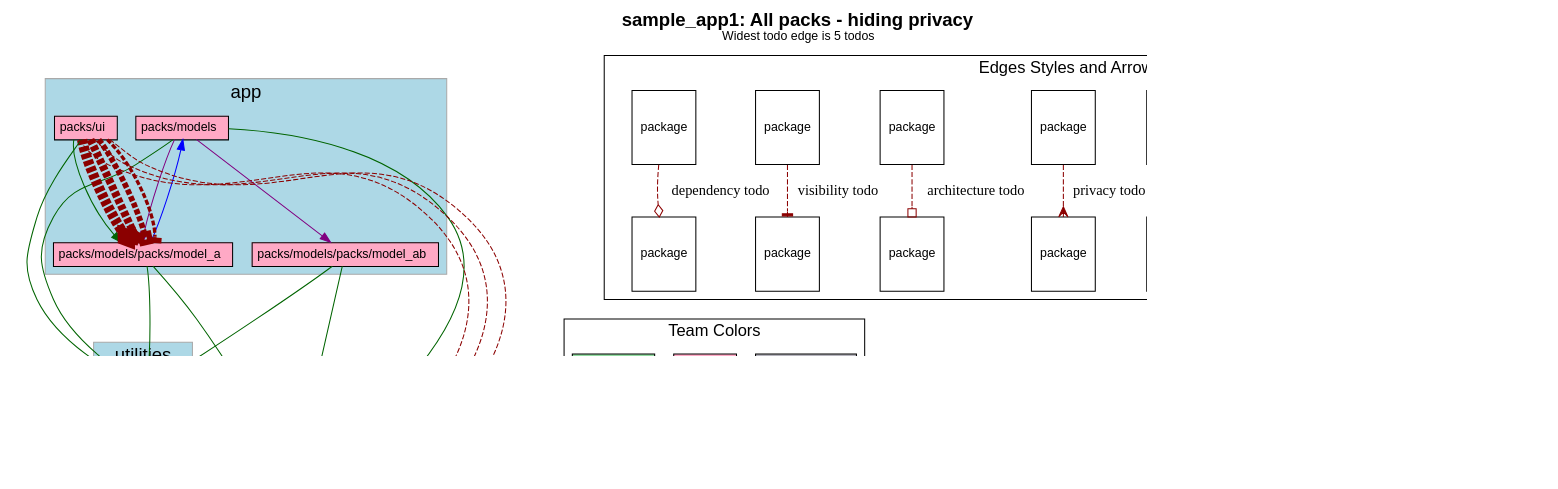
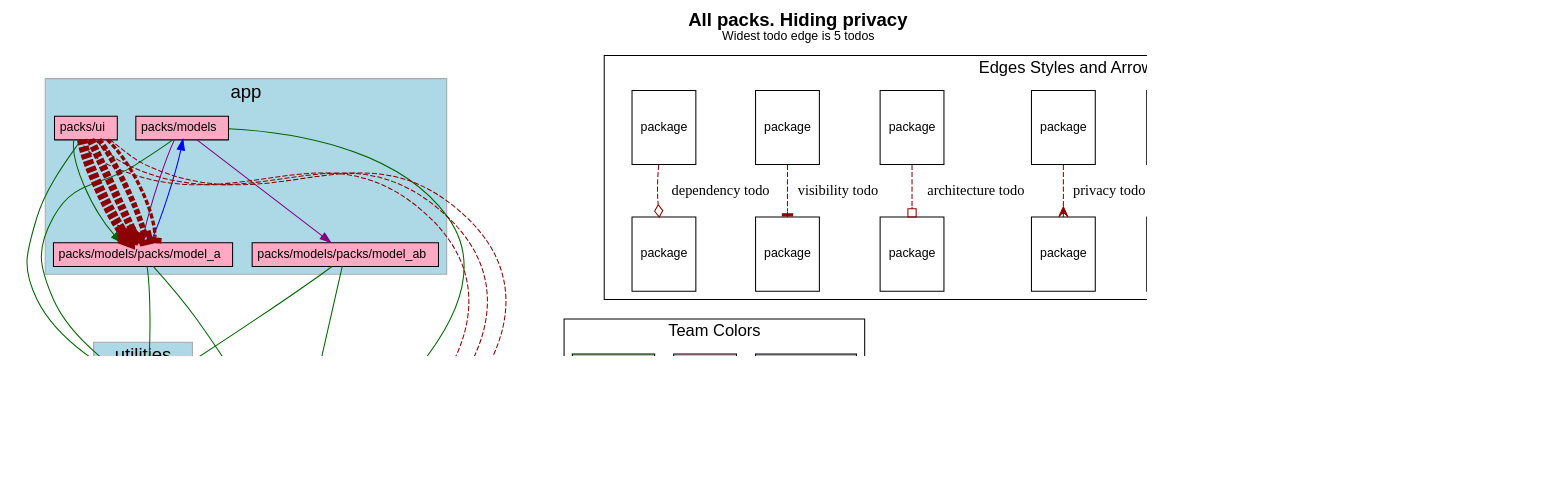
The diagram in spec/sample_app1/test_output/no_privacy.dot (rubyatscale/visualize_packs), drawn with Graphviz before and after one commit. The commit also changed 21 other files, not shown here.

```diff
--- a/spec/sample_app1/test_output/no_privacy.dot
+++ b/spec/sample_app1/test_output/no_privacy.dot
@@ -5,7 +5,7 @@
     fontname="Helvetica,Arial,sans-serif"
     dpi=100
     layout=dot
-    label=<<b>sample_app1: All packs - hiding privacy</b><br/><font point-size='12'>Widest todo edge is 5 todos</font>>
+    label=<<b>All packs. Hiding privacy</b><br/><font point-size='12'>Widest todo edge is 5 todos</font>>
     fontsize=18
   ]
   node [
```
